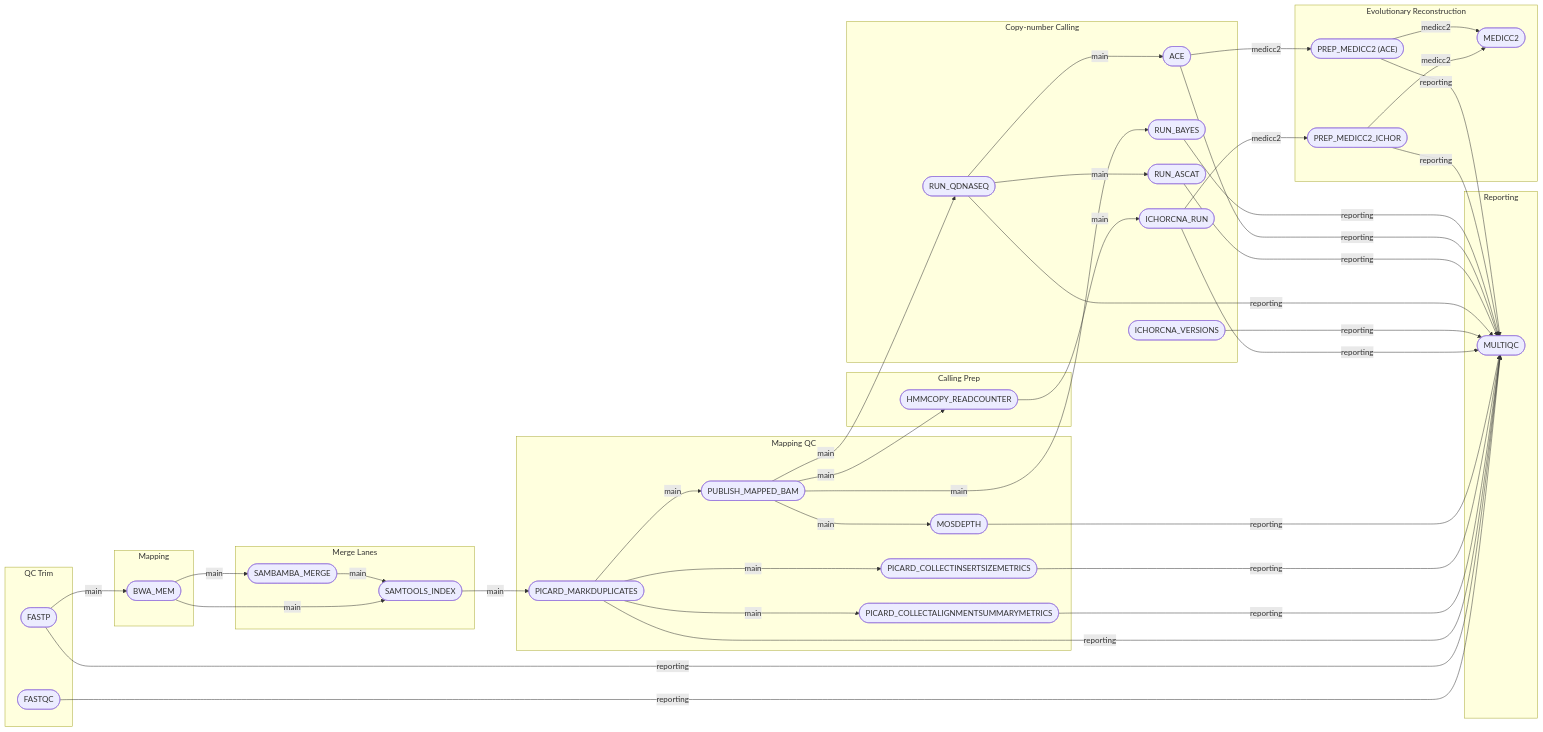
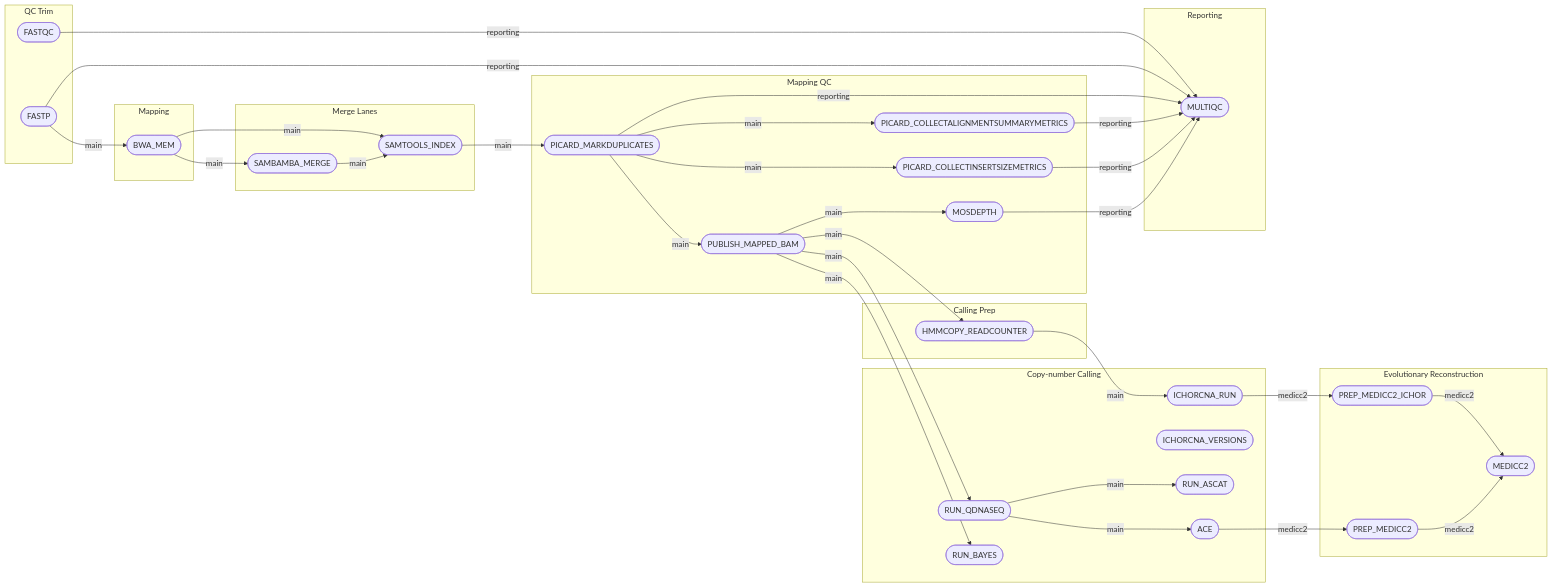
One commit to chelauk/lp-wgs changed the diagram in docs/metro/lp_wgs-metro-map.mmd. Above: the diagram before and after it, drawn with Mermaid.

Commit message:
mermaid fix

````diff
--- a/docs/metro/lp_wgs-metro-map.mmd
+++ b/docs/metro/lp_wgs-metro-map.mmd
@@ -43,8 +43,8 @@
     end
 
     subgraph reconstruction [Evolutionary Reconstruction]
-        prep_medicc2_ichor(["PREP_MEDICC2_ICHOR"])
-        prep_medicc2_ace(["PREP_MEDICC2 (ACE)"])
+        prep_medicc2_ichor([PREP_MEDICC2_ICHOR])
+        prep_medicc2_ace([PREP_MEDICC2])
         medicc2([MEDICC2])
     end
 
@@ -84,12 +84,4 @@
     picard_collectalignmentsummarymetrics -->|reporting| multiqc
     picard_collectinsertsizemetrics -->|reporting| multiqc
     mosdepth -->|reporting| multiqc
-    ichorcna_run -->|reporting| multiqc
-    ichorcna_versions -->|reporting| multiqc
-    run_qdnaseq -->|reporting| multiqc
-    run_ascat -->|reporting| multiqc
-    ace -->|reporting| multiqc
-    run_bayes -->|reporting| multiqc
-    prep_medicc2_ichor -->|reporting| multiqc
-    prep_medicc2_ace -->|reporting| multiqc
 ```
````
